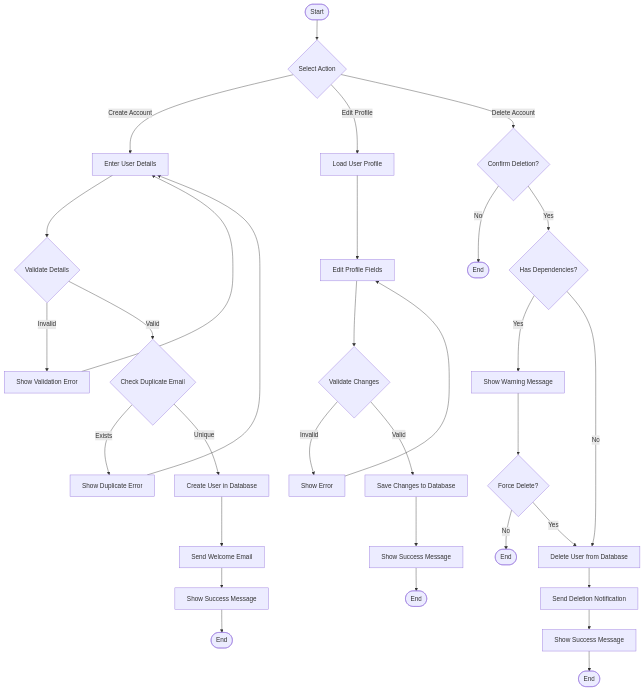
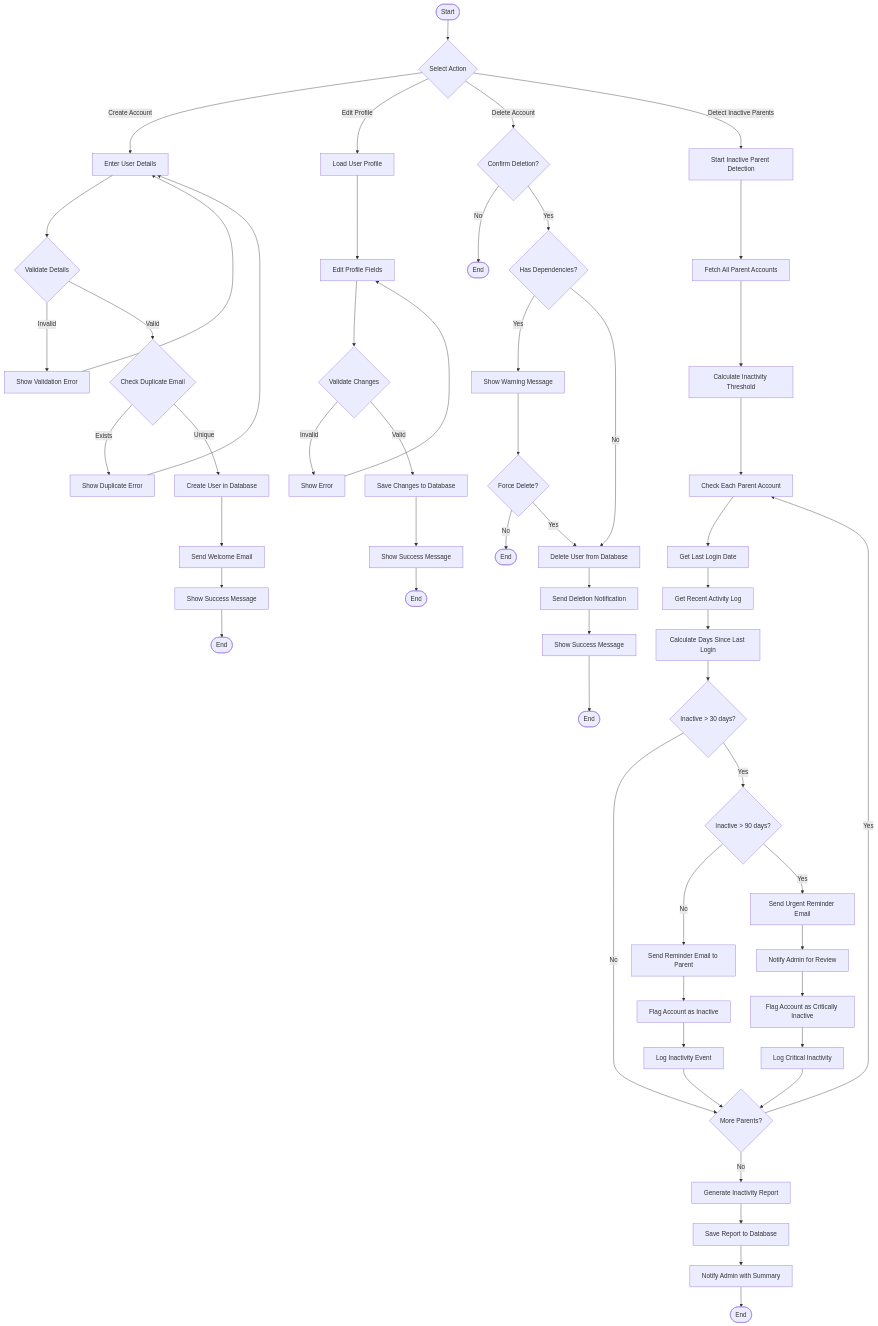
The eighth of 18 diagrams in diagrams.md (TongYwen/childfyp5), drawn with Mermaid before and after one commit. The commit also changed other lines of this file, not shown here.

First line of the commit message:
Add Inactive Parent Detection feature to User Account Management module

````diff
--- a/diagrams.md
+++ b/diagrams.md
@@ -239,37 +253,66 @@
 ```mermaid
 flowchart TD
     Start([Start]) --> SelectAction{Select Action}
     SelectAction -->|Create Account| EnterDetails[Enter User Details]
     SelectAction -->|Edit Profile| LoadProfile[Load User Profile]
     SelectAction -->|Delete Account| ConfirmDelete{Confirm Deletion?}
+    SelectAction -->|Detect Inactive Parents| StartDetection
 
     EnterDetails --> ValidateDetails{Validate Details}
     ValidateDetails -->|Invalid| ShowValidationError[Show Validation Error]
     ShowValidationError --> EnterDetails
     ValidateDetails -->|Valid| CheckDuplicate{Check Duplicate Email}
     CheckDuplicate -->|Exists| ShowDuplicateError[Show Duplicate Error]
     ShowDuplicateError --> EnterDetails
     CheckDuplicate -->|Unique| CreateUser[Create User in Database]
     CreateUser --> SendWelcomeEmail[Send Welcome Email]
     SendWelcomeEmail --> Success1[Show Success Message]
     Success1 --> End1([End])
 
     LoadProfile --> EditFields[Edit Profile Fields]
     EditFields --> ValidateChanges{Validate Changes}
     ValidateChanges -->|Invalid| ShowError2[Show Error]
     ShowError2 --> EditFields
     ValidateChanges -->|Valid| SaveChanges[Save Changes to Database]
     SaveChanges --> Success2[Show Success Message]
     Success2 --> End2([End])
 
     ConfirmDelete -->|No| End3([End])
     ConfirmDelete -->|Yes| CheckDependencies{Has Dependencies?}
     CheckDependencies -->|Yes| ShowWarning[Show Warning Message]
     ShowWarning --> ForceDelete{Force Delete?}
     ForceDelete -->|No| End4([End])
     ForceDelete -->|Yes| DeleteUser
     CheckDependencies -->|No| DeleteUser[Delete User from Database]
     DeleteUser --> NotifyUser[Send Deletion Notification]
     NotifyUser --> Success3[Show Success Message]
     Success3 --> End5([End])
+
+    StartDetection[Start Inactive Parent Detection] --> FetchAllParents[Fetch All Parent Accounts]
+    FetchAllParents --> CalculateInactivePeriod[Calculate Inactivity Threshold]
+    CalculateInactivePeriod --> CheckEachParent[Check Each Parent Account]
+    CheckEachParent --> GetLastLogin[Get Last Login Date]
+    GetLastLogin --> GetActivityLog[Get Recent Activity Log]
+    GetActivityLog --> CalculateDaysSinceLogin[Calculate Days Since Last Login]
+    CalculateDaysSinceLogin --> IsInactive{Inactive > 30 days?}
+
+    IsInactive -->|No| NextParent{More Parents?}
+    IsInactive -->|Yes| CheckSeverity{Inactive > 90 days?}
+
+    CheckSeverity -->|No| SendReminder[Send Reminder Email to Parent]
+    SendReminder --> FlagAsInactive[Flag Account as Inactive]
+    FlagAsInactive --> LogInactivity[Log Inactivity Event]
+    LogInactivity --> NextParent
+
+    CheckSeverity -->|Yes| SendUrgentReminder[Send Urgent Reminder Email]
+    SendUrgentReminder --> NotifyAdmin[Notify Admin for Review]
+    NotifyAdmin --> FlagAsCritical[Flag Account as Critically Inactive]
+    FlagAsCritical --> LogCriticalInactivity[Log Critical Inactivity]
+    LogCriticalInactivity --> NextParent
+
+    NextParent -->|Yes| CheckEachParent
+    NextParent -->|No| GenerateReport[Generate Inactivity Report]
+    GenerateReport --> SaveReport[Save Report to Database]
+    SaveReport --> NotifyAdminSummary[Notify Admin with Summary]
+    NotifyAdminSummary --> End6([End])
 ```
````
